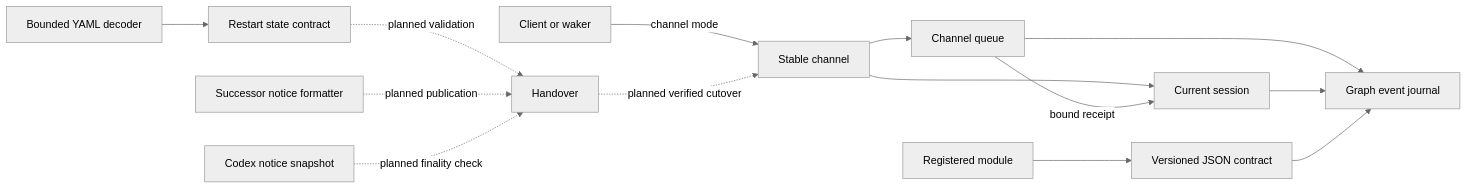
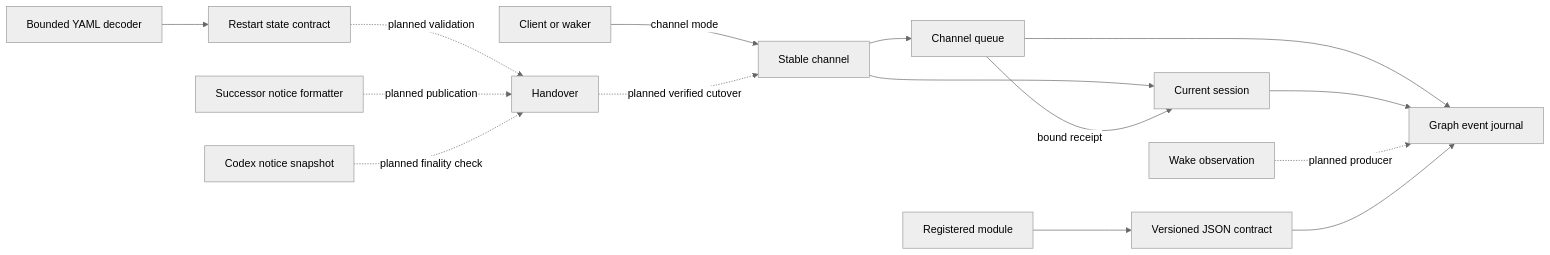
The diagram in docs/design/plexus-architecture.mmd (NestDevLab/agent-mesh), drawn with Mermaid (neutral theme) before and after one commit. The commit also changed 5 other files, not shown here.

```diff
--- a/docs/design/plexus-architecture.mmd
+++ b/docs/design/plexus-architecture.mmd
@@ -1,14 +1,15 @@
 flowchart LR
   Client["Client or waker"] -- "channel mode" --> Channel["Stable channel"]
   Channel --> Queue["Channel queue"]
   Channel --> Session["Current session"]
   Queue --> Journal["Graph event journal"]
   Session --> Journal
+  Wake["Wake observation"] -. "planned producer" .-> Journal
   Module["Registered module"] --> Contract["Versioned JSON contract"]
   Contract --> Journal
   Queue -- "bound receipt" --> Session
   Yaml["Bounded YAML decoder"] --> Restart
   Restart["Restart state contract"] -. "planned validation" .-> Handover
   Notice["Successor notice formatter"] -. "planned publication" .-> Handover
   Observation["Codex notice snapshot"] -. "planned finality check" .-> Handover
   Handover["Handover"] -. "planned verified cutover" .-> Channel
```
